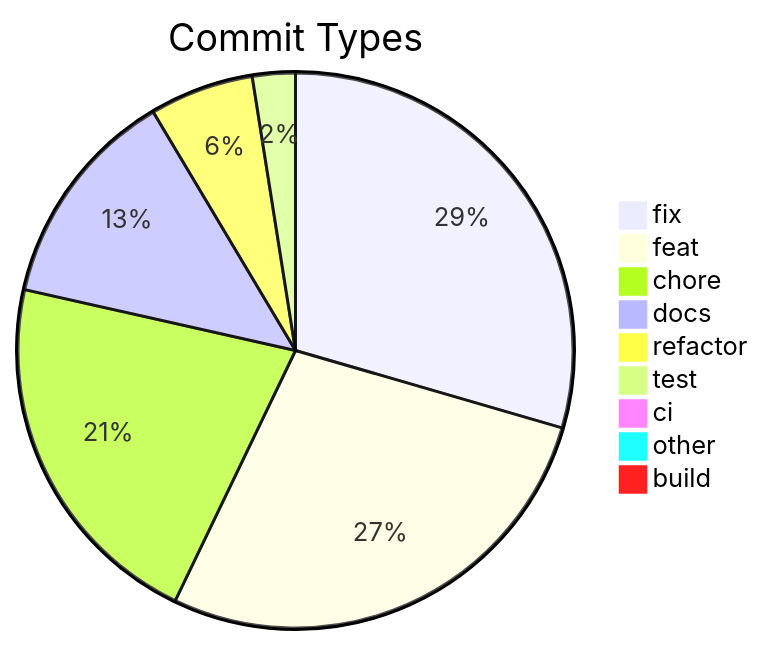
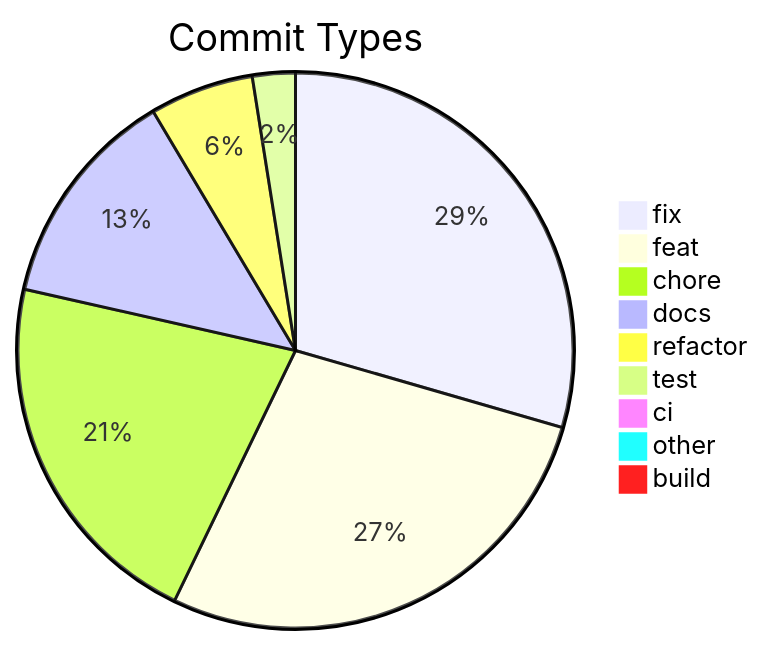
Before and after one commit to svenroth-ai/shipwright: the diagram in .shipwright/compliance/change-history.md, drawn with Mermaid. The commit also changed other lines of this file and 26 other files, not shown here.

````diff
--- a/.shipwright/compliance/change-history.md
+++ b/.shipwright/compliance/change-history.md
@@ -8,12 +8,12 @@
 ```mermaid
 pie title Commit Types
     "fix" : 331
-    "feat" : 310
+    "feat" : 311
     "chore" : 240
     "docs" : 145
     "refactor" : 68
     "test" : 28
     "ci" : 11
     "other" : 9
     "build" : 1
 ```
````
